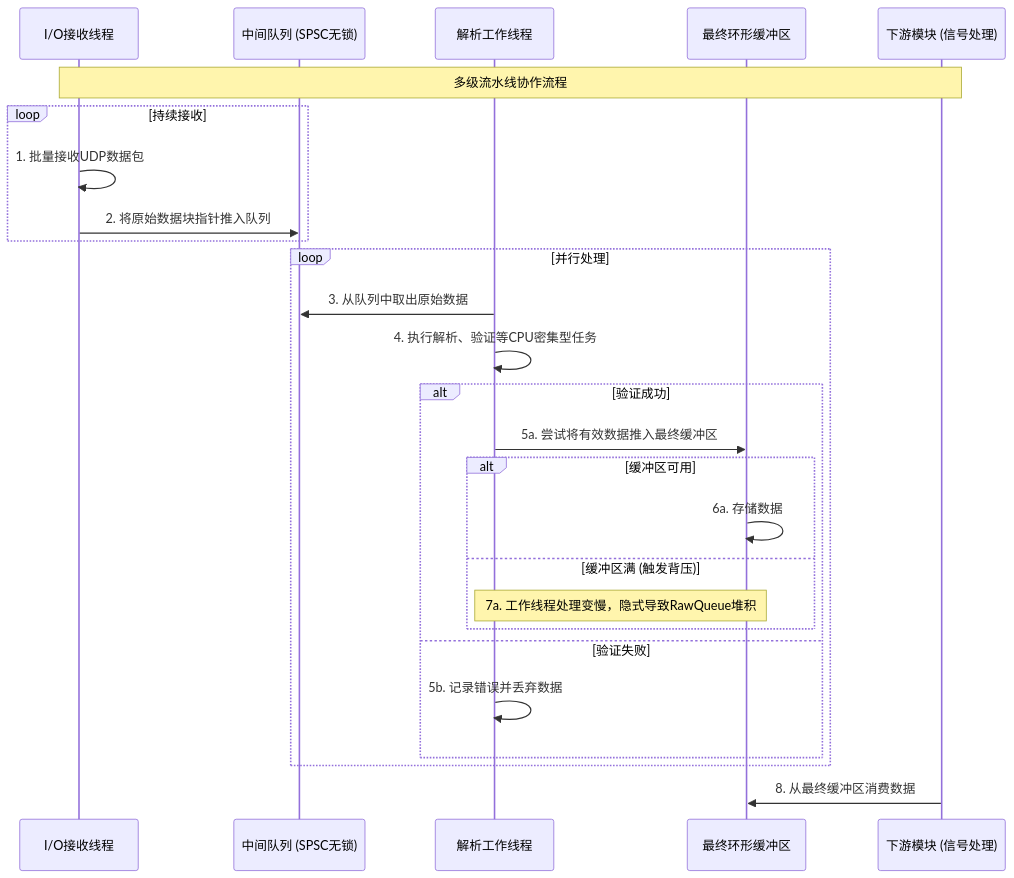
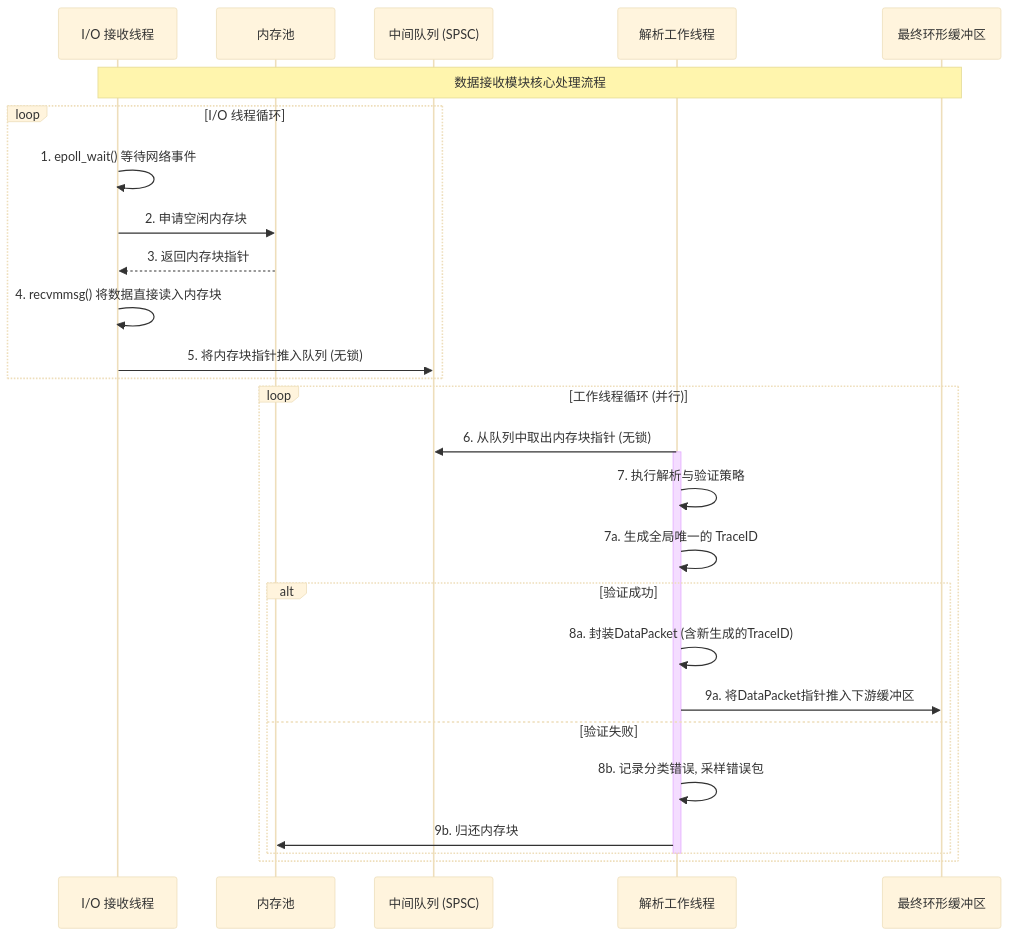
Before and after one commit to wendizhou99-cell/Radar: the third of 7 diagrams in docs/01_项目设计/02_模块设计/01_数据接收模块设计.md, drawn with Mermaid. The commit also changed other lines of this file and 26 other files, not shown here.

First line of the commit message:
docs: 完成数据架构文档系列重构和Mermaid可视化指南增强

````diff
--- a/docs/01_项目设计/02_模块设计/01_数据接收模块设计.md
+++ b/docs/01_项目设计/02_模块设计/01_数据接收模块设计.md
@@ -199,33 +221,39 @@
 ```mermaid
+---
+config:
+  theme: base
+  flowchart:
+    curve: natural
+---
 sequenceDiagram
-    participant IOThread as I/O接收线程
-    participant RawQueue as 中间队列 (SPSC无锁)
+    participant IOThread as I/O 接收线程
+    participant MemPool as 内存池
+    participant RawQueue as 中间队列 (SPSC)
     participant Worker as 解析工作线程
     participant FinalBuffer as 最终环形缓冲区
-    participant Downstream as 下游模块 (信号处理)
 
-    Note over IOThread,Downstream: 多级流水线协作流程
+    Note over IOThread,FinalBuffer: 数据接收模块核心处理流程
 
-    loop 持续接收
-        IOThread->>IOThread: 1. 批量接收UDP数据包
-        IOThread->>RawQueue: 2. 将原始数据块指针推入队列
+    loop I/O 线程循环
+        IOThread->>IOThread: 1. epoll_wait() 等待网络事件
+        IOThread->>MemPool: 2. 申请空闲内存块
+        MemPool-->>IOThread: 3. 返回内存块指针
+        IOThread->>IOThread: 4. recvmmsg() 将数据直接读入内存块
+        IOThread->>RawQueue: 5. 将内存块指针推入队列 (无锁)
     end
 
-    loop 并行处理
-        Worker->>RawQueue: 3. 从队列中取出原始数据
-        Worker->>Worker: 4. 执行解析、验证等CPU密集型任务
-
+    loop 工作线程循环 (并行)
+        Worker->>RawQueue: 6. 从队列中取出内存块指针 (无锁)
+        activate Worker
+        Worker->>Worker: 7. 执行解析与验证策略
+        Worker->>Worker: 7a. 生成全局唯一的 TraceID
         alt 验证成功
-            Worker->>FinalBuffer: 5a. 尝试将有效数据推入最终缓冲区
-            alt 缓冲区可用
-                FinalBuffer->>FinalBuffer: 6a. 存储数据
-            else 缓冲区满 (触发背压)
-                Note over Worker, FinalBuffer: 7a. 工作线程处理变慢，隐式导致RawQueue堆积
-            end
+            Worker->>Worker: 8a. 封装DataPacket (含新生成的TraceID)
+            Worker->>FinalBuffer: 9a. 将DataPacket指针推入下游缓冲区
         else 验证失败
-            Worker->>Worker: 5b. 记录错误并丢弃数据
+            Worker->>Worker: 8b. 记录分类错误, 采样错误包
+            Worker->>MemPool: 9b. 归还内存块
         end
+        deactivate Worker
     end
-
-    Downstream->>FinalBuffer: 8. 从最终缓冲区消费数据
 ```
````
